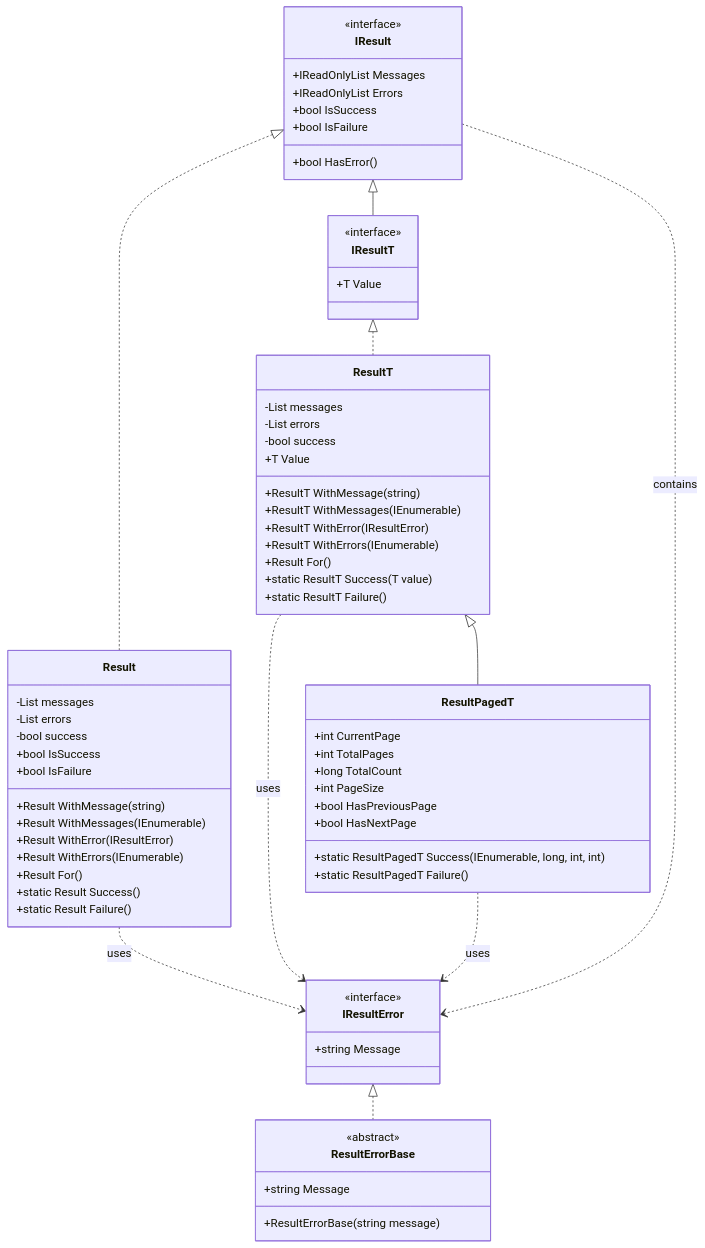
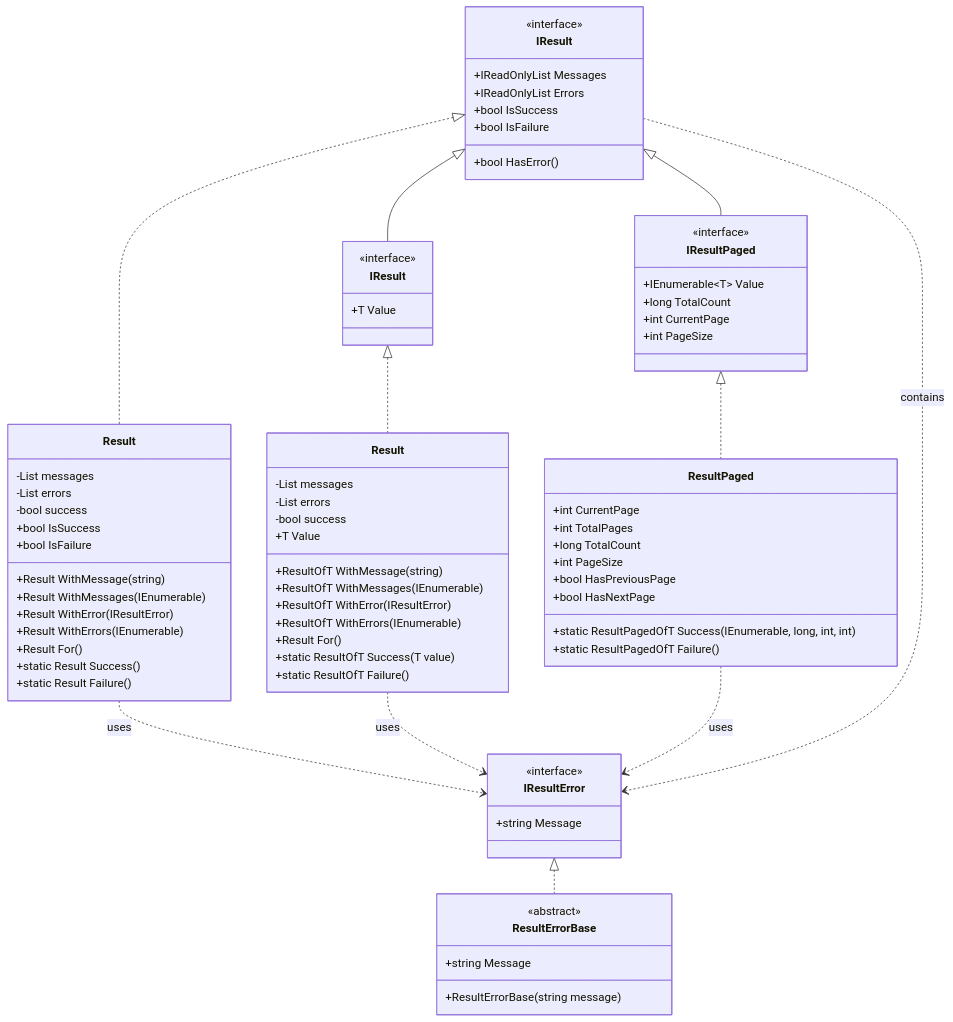
Before and after one commit to BridgingIT-GmbH/bITdevKit: the first of 2 diagrams in docs/features-results.md, drawn with Mermaid. The commit also changed other lines of this file and 62 other files, not shown here.

````diff
--- a/docs/features-results.md
+++ b/docs/features-results.md
@@ -74,9 +75,17 @@
         +bool HasError()
     }
 
-    class IResultT {
+    class IResultOfT["IResult<T>"] {
         <<interface>>
         +T Value
+    }
+
+    class IResultPagedOfT["IResultPaged<T>"] {
+        <<interface>>
+        +IEnumerable~T~ Value
+        +long TotalCount
+        +int CurrentPage
+        +int PageSize
     }
 
     class Result {
@@ -94,38 +103,39 @@
         +static Result Failure()
     }
 
-    class ResultT {
+    class ResultOfT["Result<T>"] {
         -List messages
         -List errors
         -bool success
         +T Value
-        +ResultT WithMessage(string)
-        +ResultT WithMessages(IEnumerable)
-        +ResultT WithError(IResultError)
-        +ResultT WithErrors(IEnumerable)
+        +ResultOfT WithMessage(string)
+        +ResultOfT WithMessages(IEnumerable)
+        +ResultOfT WithError(IResultError)
+        +ResultOfT WithErrors(IEnumerable)
         +Result For()
-        +static ResultT Success(T value)
-        +static ResultT Failure()
+        +static ResultOfT Success(T value)
+        +static ResultOfT Failure()
     }
 
-    class ResultPagedT {
+    class ResultPagedOfT["ResultPaged<T>"] {
         +int CurrentPage
         +int TotalPages
         +long TotalCount
         +int PageSize
         +bool HasPreviousPage
         +bool HasNextPage
-        +static ResultPagedT Success(IEnumerable, long, int, int)
-        +static ResultPagedT Failure()
+        +static ResultPagedOfT Success(IEnumerable, long, int, int)
+        +static ResultPagedOfT Failure()
     }
 
     IResultError <|.. ResultErrorBase
-    IResult <|-- IResultT
+    IResult <|-- IResultOfT
+    IResult <|-- IResultPagedOfT
     IResult <|.. Result
-    IResultT <|.. ResultT
-    ResultT <|-- ResultPagedT
+    IResultOfT <|.. ResultOfT
+    IResultPagedOfT <|.. ResultPagedOfT
     Result ..> IResultError : uses
-    ResultT ..> IResultError : uses
-    ResultPagedT ..> IResultError : uses
+    ResultOfT ..> IResultError : uses
+    ResultPagedOfT ..> IResultError : uses
     IResult ..> IResultError : contains
 ```
````
